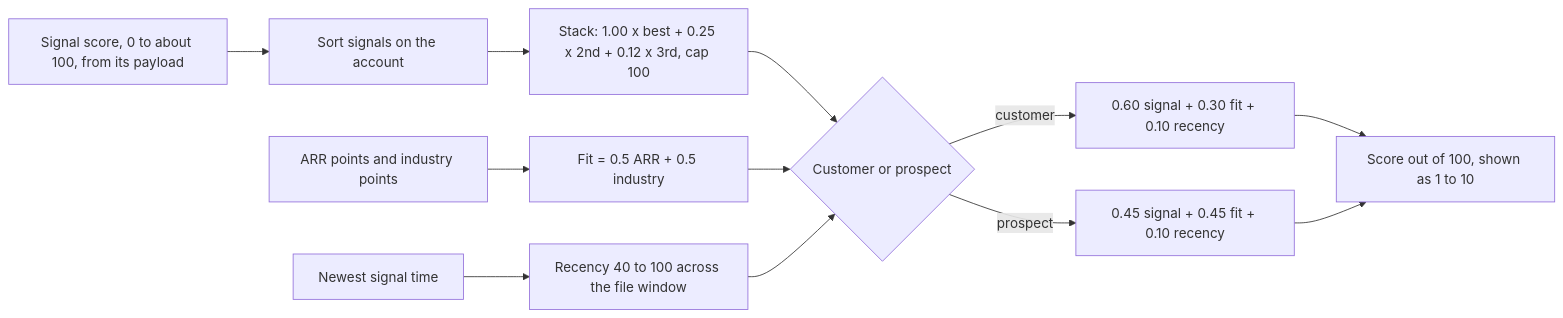
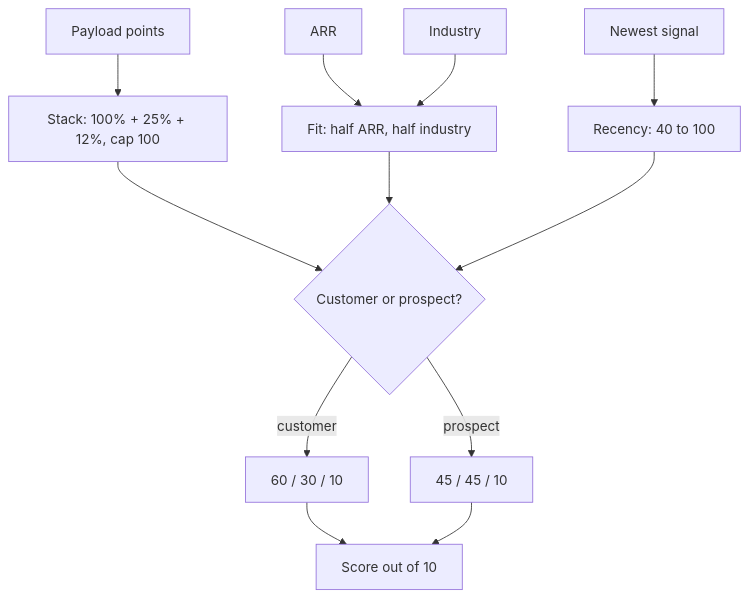
The third of 3 diagrams in DIAGRAMS.md (alexyyang15-pu/fireworks-signal-router), drawn with Mermaid before and after one commit. The commit also changed other lines of this file and 5 other files, not shown here.

````diff
--- a/DIAGRAMS.md
+++ b/DIAGRAMS.md
@@ -75,14 +62,14 @@
 ```mermaid
-flowchart LR
-    s1["Signal score, 0 to about 100, from its payload"] --> sort["Sort signals on the account"]
-    sort --> stack["Stack: 1.00 x best + 0.25 x 2nd + 0.12 x 3rd, cap 100"]
-    fitin["ARR points and industry points"] --> fit["Fit = 0.5 ARR + 0.5 industry"]
-    rec["Newest signal time"] --> recency["Recency 40 to 100 across the file window"]
-    stack --> blend{"Customer or prospect"}
+flowchart TB
+    payload["Payload points"] --> stack["Stack: 100% + 25% + 12%, cap 100"]
+    arr["ARR"] --> fit["Fit: half ARR, half industry"]
+    industry["Industry"] --> fit
+    newest["Newest signal"] --> recency["Recency: 40 to 100"]
+    stack --> blend{"Customer or prospect?"}
     fit --> blend
     recency --> blend
-    blend -->|"customer"| c["0.60 signal + 0.30 fit + 0.10 recency"]
-    blend -->|"prospect"| p["0.45 signal + 0.45 fit + 0.10 recency"]
-    c --> out["Score out of 100, shown as 1 to 10"]
+    blend -->|customer| c["60 / 30 / 10"]
+    blend -->|prospect| p["45 / 45 / 10"]
+    c --> out["Score out of 10"]
     p --> out
 ```
````
